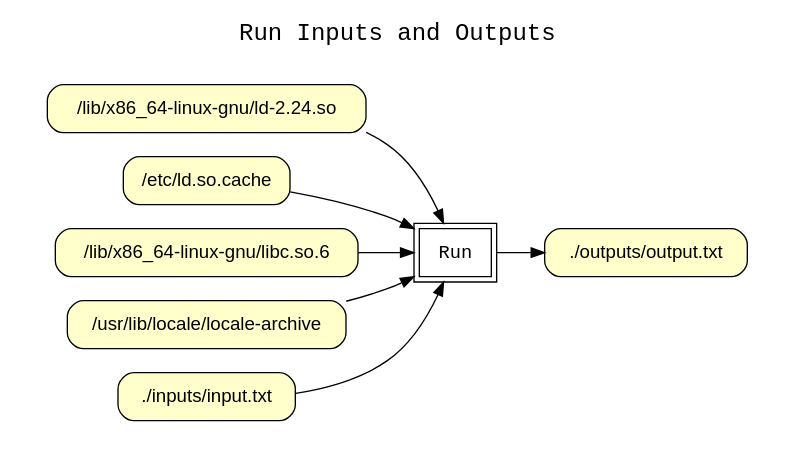
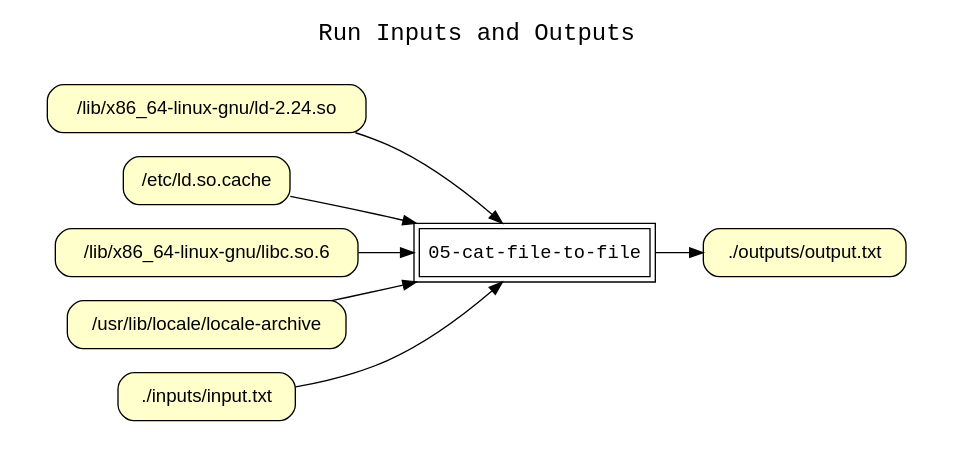
Before and after one commit to CIRSS/cpr: the diagram in examples/05-cat-file-to-file/graphs/wt_run_inputs_outputs.dot, drawn with Graphviz. The commit also changed 24 other files, not shown here.

Commit message:
Now capturing run name and rendering in run graph

```diff
--- a/examples/05-cat-file-to-file/graphs/wt_run_inputs_outputs.dot
+++ b/examples/05-cat-file-to-file/graphs/wt_run_inputs_outputs.dot
@@ -1,28 +1,28 @@
 
 digraph wt_run {
 rankdir=LR
 fontname=Courier; fontsize=18; labelloc=t
 label="Run Inputs and Outputs"
 node[shape=box style="filled" fillcolor="#FFFFFF" peripheries=2 fontname=Courier]
-"Run"
+"05-cat-file-to-file"
 subgraph cluster_inputs { label=""; color=white; penwidth=0
 subgraph cluster_inputs_inner { label=""; color=white
 node[shape=box style="rounded,filled" fillcolor="#FFFFCC" peripheries=1 fontname=Helvetica]
 "input:/lib/x86_64-linux-gnu/ld-2.24.so" [label="/lib/x86_64-linux-gnu/ld-2.24.so"]
 "input:/etc/ld.so.cache" [label="/etc/ld.so.cache"]
 "input:/lib/x86_64-linux-gnu/libc.so.6" [label="/lib/x86_64-linux-gnu/libc.so.6"]
 "input:/usr/lib/locale/locale-archive" [label="/usr/lib/locale/locale-archive"]
 "input:./inputs/input.txt" [label="./inputs/input.txt"]
 }}
 subgraph cluster_outputs { label=""; color=white; penwidth=0
 subgraph cluster_outputs_inner { label=""; color=white
 node[shape=box style="rounded,filled" fillcolor="#FFFFCC" peripheries=1 fontname=Helvetica]
 "output:./outputs/output.txt" [label="./outputs/output.txt"]
 }}
-"input:/lib/x86_64-linux-gnu/ld-2.24.so" -> "Run"
-"input:/etc/ld.so.cache" -> "Run"
-"input:/lib/x86_64-linux-gnu/libc.so.6" -> "Run"
-"input:/usr/lib/locale/locale-archive" -> "Run"
-"input:./inputs/input.txt" -> "Run"
-"Run" -> "output:./outputs/output.txt"
+"input:/lib/x86_64-linux-gnu/ld-2.24.so" -> "05-cat-file-to-file"
+"input:/etc/ld.so.cache" -> "05-cat-file-to-file"
+"input:/lib/x86_64-linux-gnu/libc.so.6" -> "05-cat-file-to-file"
+"input:/usr/lib/locale/locale-archive" -> "05-cat-file-to-file"
+"input:./inputs/input.txt" -> "05-cat-file-to-file"
+"05-cat-file-to-file" -> "output:./outputs/output.txt"
 }
```
